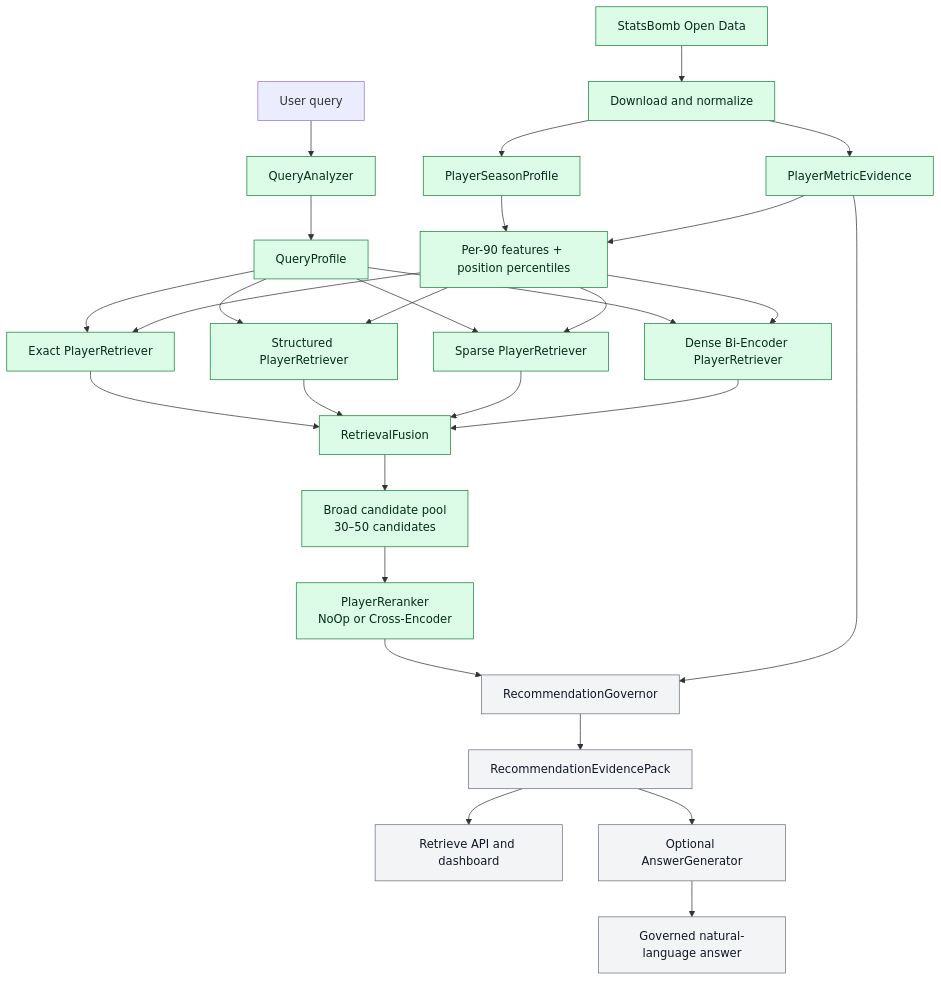
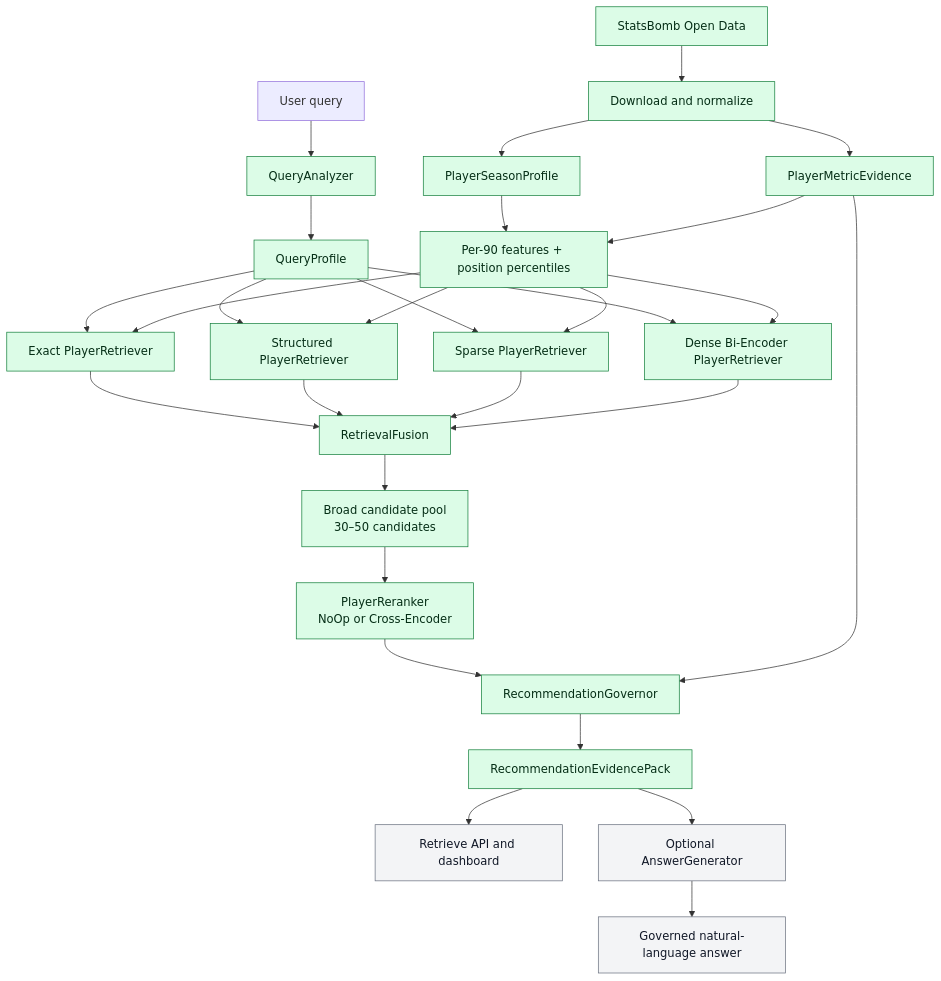
Before and after one commit to simonmang/ScoutRAG: the first of 2 diagrams in README.md, drawn with Mermaid. The commit also changed other lines of this file and 22 other files, not shown here.

````diff
--- a/README.md
+++ b/README.md
@@ -33,40 +33,40 @@
 ```mermaid
 flowchart TD
     SB[StatsBomb Open Data] --> DN[Download and normalize]
     DN --> PS[PlayerSeasonProfile]
     DN --> ME[PlayerMetricEvidence]
     PS --> FE[Per-90 features + position percentiles]
     ME --> FE
 
     U[User query] --> QA[QueryAnalyzer]
     QA --> QP[QueryProfile]
 
     QP --> ER[Exact PlayerRetriever]
     QP --> SR[Structured PlayerRetriever]
     QP --> SP[Sparse PlayerRetriever]
     QP --> DR[Dense Bi-Encoder PlayerRetriever]
 
     ER --> F[RetrievalFusion]
     SR --> F
     SP --> F
     DR --> F
 
     F --> CP[Broad candidate pool<br/>30–50 candidates]
     CP --> RR[PlayerReranker<br/>NoOp or Cross-Encoder]
     RR --> G[RecommendationGovernor]
     G --> EP[RecommendationEvidencePack]
     FE --> ER
     FE --> SR
     FE --> SP
     FE --> DR
     ME --> G
 
     EP --> API[Retrieve API and dashboard]
     EP --> AG[Optional AnswerGenerator]
     AG --> AA[Governed natural-language answer]
 
     classDef implemented fill:#dcfce7,stroke:#15803d,color:#052e16;
     classDef later fill:#f3f4f6,stroke:#6b7280,color:#111827;
-    class SB,DN,PS,ME,FE,QA,QP,ER,SR,SP,DR,F,CP,RR implemented;
-    class G,EP,API,AG,AA later;
+    class SB,DN,PS,ME,FE,QA,QP,ER,SR,SP,DR,F,CP,RR,G,EP implemented;
+    class API,AG,AA later;
 ```
````
